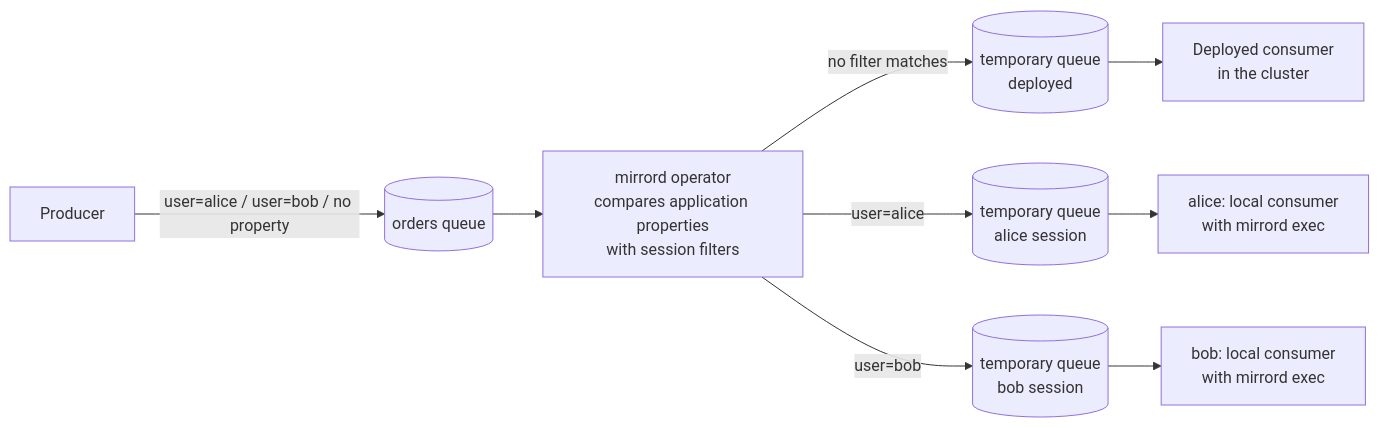
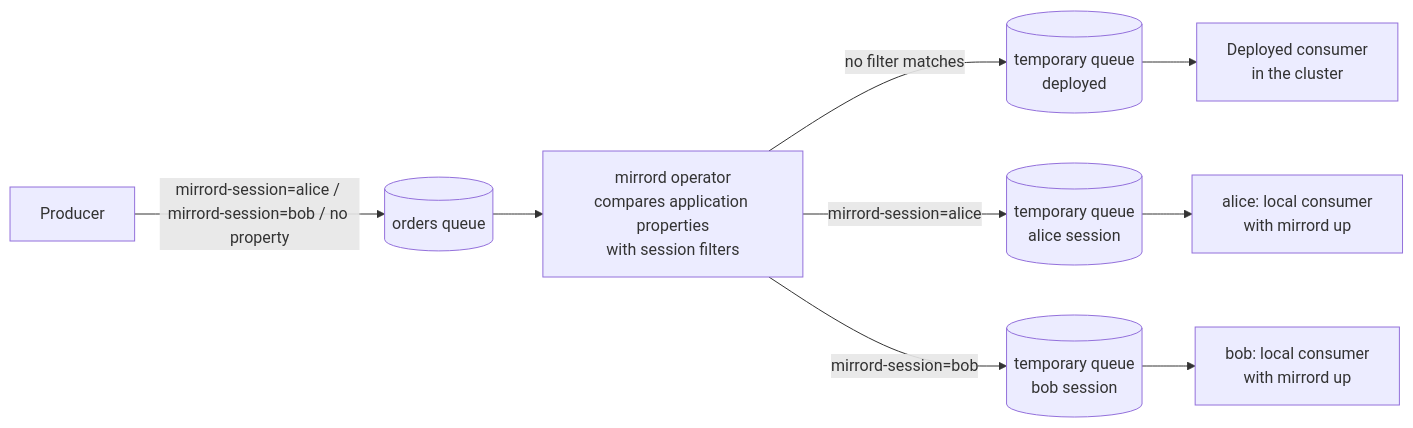
The diagram in docs/tutorials/queues/how-to-test-azure-service-bus-consumers.md (metalbear-co/docs), drawn with Mermaid before and after one commit. The commit also changed other lines of this file and 7 other files, not shown here.

First line of the commit message:
Use mirrord up in the queue and workflow tutorials

````diff
--- a/docs/tutorials/queues/how-to-test-azure-service-bus-consumers.md
+++ b/docs/tutorials/queues/how-to-test-azure-service-bus-consumers.md
@@ -540,11 +515,11 @@
 ```mermaid
 flowchart LR
-    P[Producer] -->|"user=alice / user=bob / no property"| Q[(orders queue)]
+    P[Producer] -->|"mirrord-session=alice / mirrord-session=bob / no property"| Q[(orders queue)]
     Q --> O[mirrord operator<br/>compares application properties<br/>with session filters]
     O -->|"no filter matches"| TD[(temporary queue<br/>deployed)]
-    O -->|"user=alice"| TA[(temporary queue<br/>alice session)]
-    O -->|"user=bob"| TB[(temporary queue<br/>bob session)]
+    O -->|"mirrord-session=alice"| TA[(temporary queue<br/>alice session)]
+    O -->|"mirrord-session=bob"| TB[(temporary queue<br/>bob session)]
     TD --> D[Deployed consumer<br/>in the cluster]
-    TA --> LA[alice: local consumer<br/>with mirrord exec]
-    TB --> LB[bob: local consumer<br/>with mirrord exec]
+    TA --> LA[alice: local consumer<br/>with mirrord up]
+    TB --> LB[bob: local consumer<br/>with mirrord up]
 ```
````
